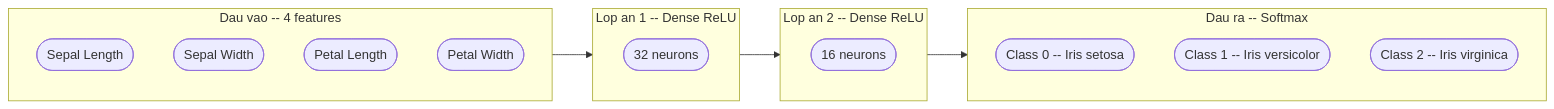
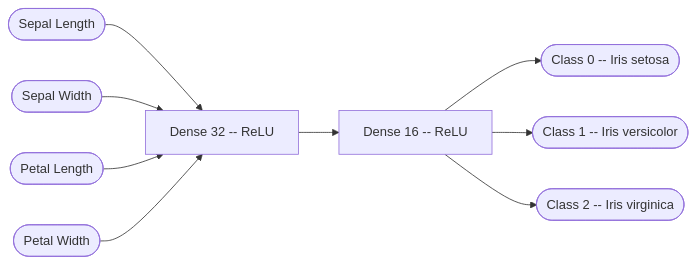
Before and after one commit to minhducnt/iot-lab-yolouno: diagram 11 of 16 in LAB_NOTES.md, drawn with Mermaid.

Commit message:
docs: fix Iris network diagram — remove nested subgraphs, draw real node connections
Made-with: Cursor

````diff
--- a/LAB_NOTES.md
+++ b/LAB_NOTES.md
@@ -354,27 +354,25 @@
 ```mermaid
 flowchart LR
-    subgraph IN [Dau vao -- 4 features]
-        direction TB
-        I1([Sepal Length])
-        I2([Sepal Width])
-        I3([Petal Length])
-        I4([Petal Width])
-    end
+    I1([Sepal Length])
+    I2([Sepal Width])
+    I3([Petal Length])
+    I4([Petal Width])
 
-    subgraph D1 [Lop an 1 -- Dense ReLU]
-        H1(["32 neurons"])
-    end
+    D1["Dense 32 -- ReLU"]
+    D2["Dense 16 -- ReLU"]
 
-    subgraph D2 [Lop an 2 -- Dense ReLU]
-        H2(["16 neurons"])
-    end
+    O1([Class 0 -- Iris setosa])
+    O2([Class 1 -- Iris versicolor])
+    O3([Class 2 -- Iris virginica])
 
-    subgraph OUT [Dau ra -- Softmax]
-        direction TB
-        O1([Class 0 -- Iris setosa])
-        O2([Class 1 -- Iris versicolor])
-        O3([Class 2 -- Iris virginica])
-    end
+    I1 --> D1
+    I2 --> D1
+    I3 --> D1
+    I4 --> D1
 
-    IN --> D1 --> D2 --> OUT
+    D1 --> D2
+
+    D2 --> O1
+    D2 --> O2
+    D2 --> O3
 ```
````
